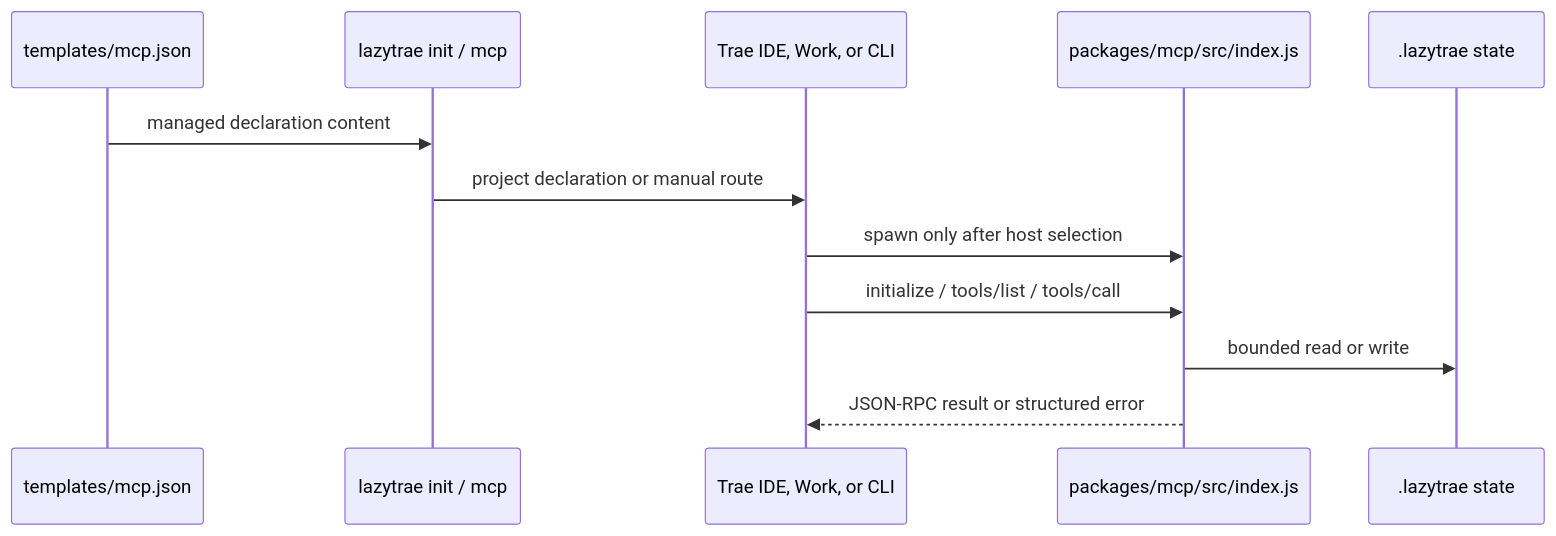
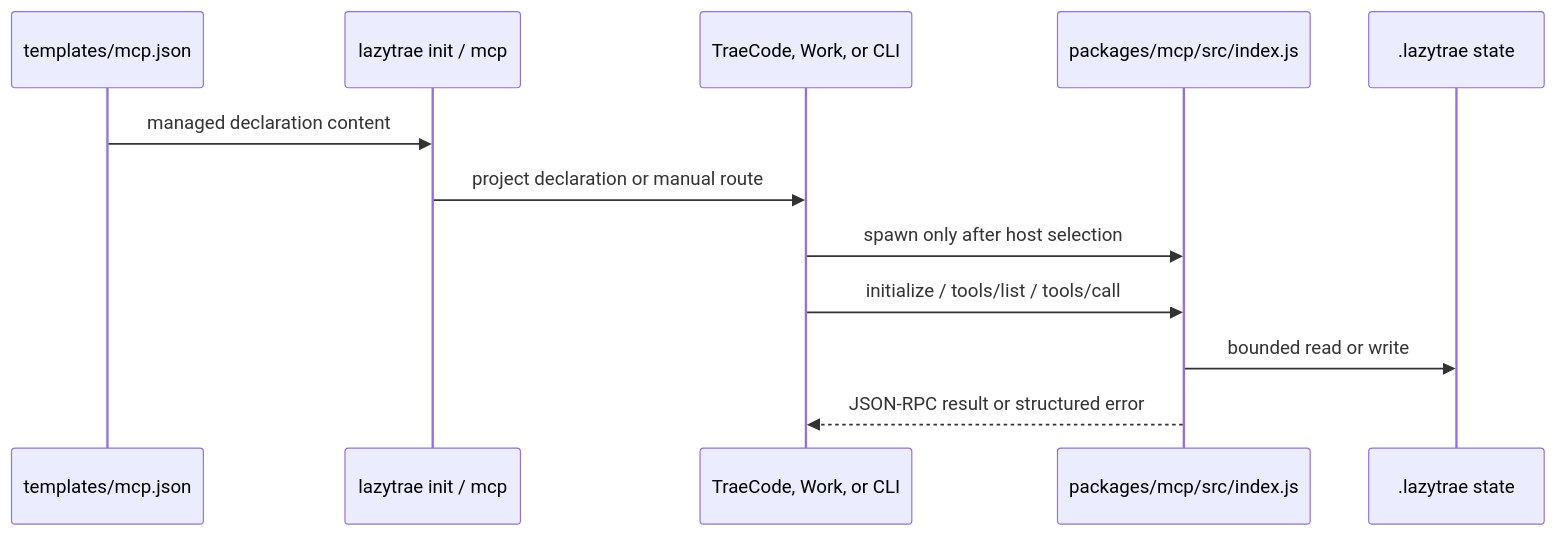
The diagram in docs/07b-mcp-lifecycle.md (elvinzhao10/LazyTrae), drawn with Mermaid before and after one commit. The commit also changed other lines of this file and 211 other files, not shown here.

````diff
--- a/docs/07b-mcp-lifecycle.md
+++ b/docs/07b-mcp-lifecycle.md
@@ -5,14 +5,14 @@
 ```mermaid
 sequenceDiagram
     participant Template as templates/mcp.json
     participant CLI as lazytrae init / mcp
-    participant Host as Trae IDE, Work, or CLI
+    participant Host as TraeCode, Work, or CLI
     participant Server as packages/mcp/src/index.js
     participant State as .lazytrae state
     Template->>CLI: managed declaration content
     CLI->>Host: project declaration or manual route
     Host->>Server: spawn only after host selection
     Host->>Server: initialize / tools/list / tools/call
     Server->>State: bounded read or write
     Server-->>Host: JSON-RPC result or structured error
 ```
````
